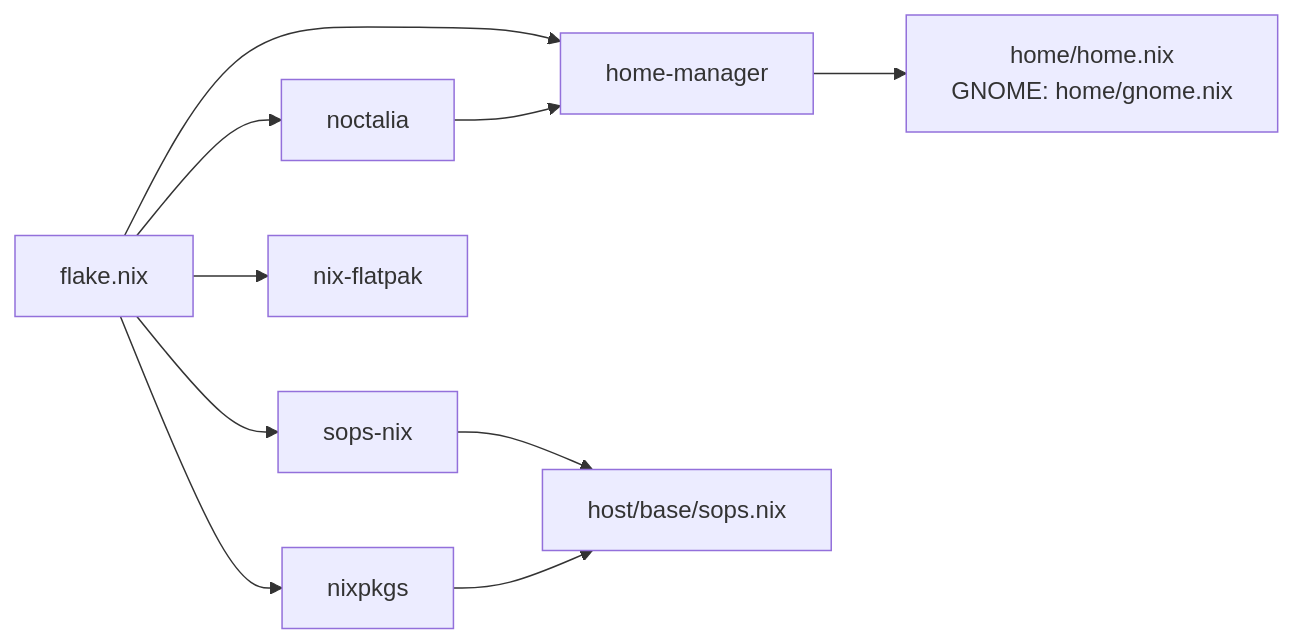
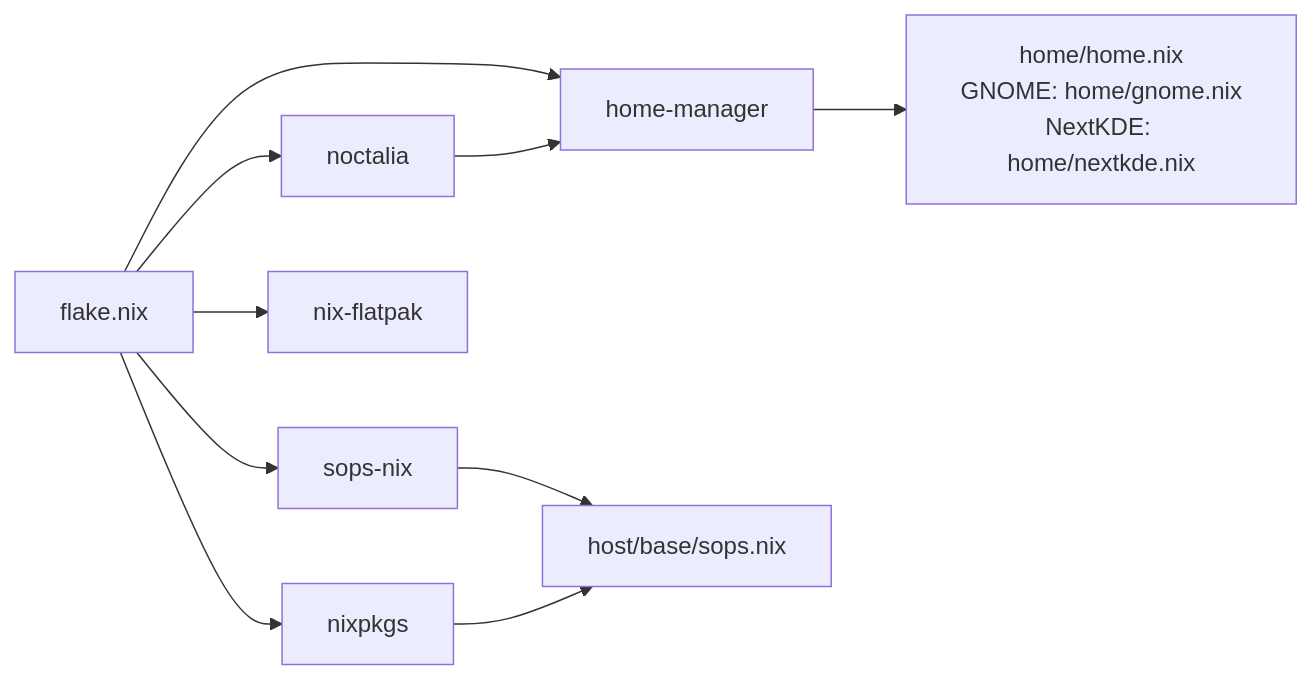
Before and after one commit to Shangshui0302/myNixOSConfig: the third of 3 diagrams in wiki/architecture/index.md, drawn with Mermaid. The commit also changed other lines of this file and 39 other files, not shown here.

Commit message:
feat(desktop): add NextKDE specialisation and simplify theme ownership

````diff
--- a/wiki/architecture/index.md
+++ b/wiki/architecture/index.md
@@ -110,12 +116,12 @@
 ```mermaid
 graph LR
 FL["flake.nix"] --> HM["home-manager"]
 FL --> NC["noctalia"]
 FL --> SN["sops-nix"]
 FL --> NF["nix-flatpak"]
 FL --> NP["nixpkgs"]
-HM --> HOME["home/home.nix<br/>GNOME: home/gnome.nix"]
+HM --> HOME["home/home.nix<br/>GNOME: home/gnome.nix<br/>NextKDE: home/nextkde.nix"]
 SN --> HOST["host/base/sops.nix"]
 NC --> HM
 NP --> HOST
 ```
````
